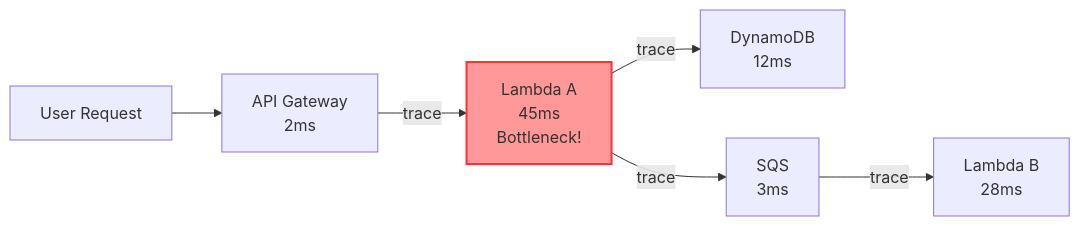
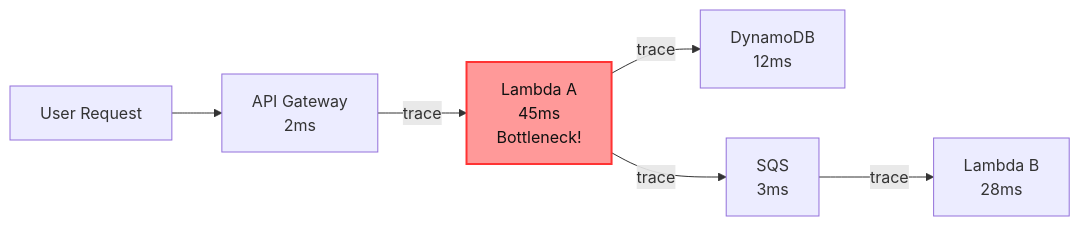
The fourth of 5 diagrams in src/content/docs/cloud/aws-essentials/module-1.10-cloudwatch.md (kube-dojo/kube-dojo.github.io), drawn with Mermaid before and after one commit. The commit also changed 18 other files, not shown here.

Commit message:
docs: set readable Mermaid foreground colors (#3442)

````diff
--- a/src/content/docs/cloud/aws-essentials/module-1.10-cloudwatch.md
+++ b/src/content/docs/cloud/aws-essentials/module-1.10-cloudwatch.md
@@ -819,11 +819,11 @@
 ```mermaid
 graph LR
     UR[User Request] --> API[API Gateway<br>2ms]
     API --trace--> LA[Lambda A<br>45ms<br>Bottleneck!]
     LA --trace--> DDB[DynamoDB<br>12ms]
     LA --trace--> SQS[SQS<br>3ms]
     SQS --trace--> LB[Lambda B<br>28ms]
 
-    classDef bottleneck fill:#f99,stroke:#f33,stroke-width:2px;
+    classDef bottleneck fill:#f99,color:#111,stroke:#f33,stroke-width:2px;
     class LA bottleneck
 ```
````
